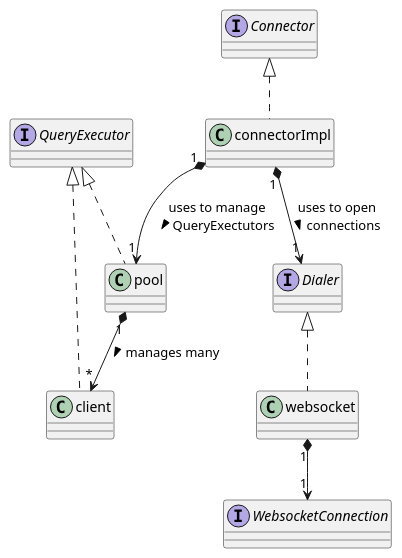
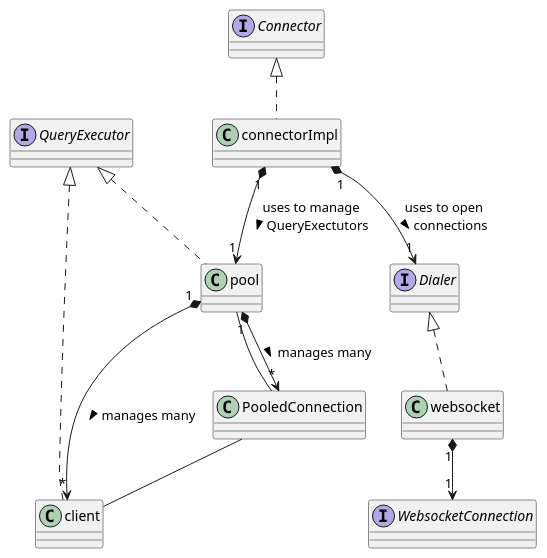
The diagram in _doc/elements.plantuml (schwartzmx/gremtune), drawn with PlantUML before and after one commit. The commit also changed 3 other files, not shown here.

```diff
--- a/_doc/elements.plantuml
+++ b/_doc/elements.plantuml
@@ -1,18 +1,20 @@
 @startuml
 interface Dialer
 Interface QueryExecutor
 Interface WebsocketConnection
 Interface Connector
 
 
 Dialer <|..websocket
 QueryExecutor <|..pool
 QueryExecutor <|..client
 pool "1" *--> "*" client : manages many >
 connectorImpl "1" *--> "1" Dialer: uses to open\nconnections >
 connectorImpl "1" *--> "1" pool: uses to manage\nQueryExectutors >
 websocket "1" *--> "1" WebsocketConnection
 Connector <|..connectorImpl
-
+pool "1" *--> "*" PooledConnection : manages many >
+PooledConnection -- client
+PooledConnection -- pool
 
 @enduml
```
